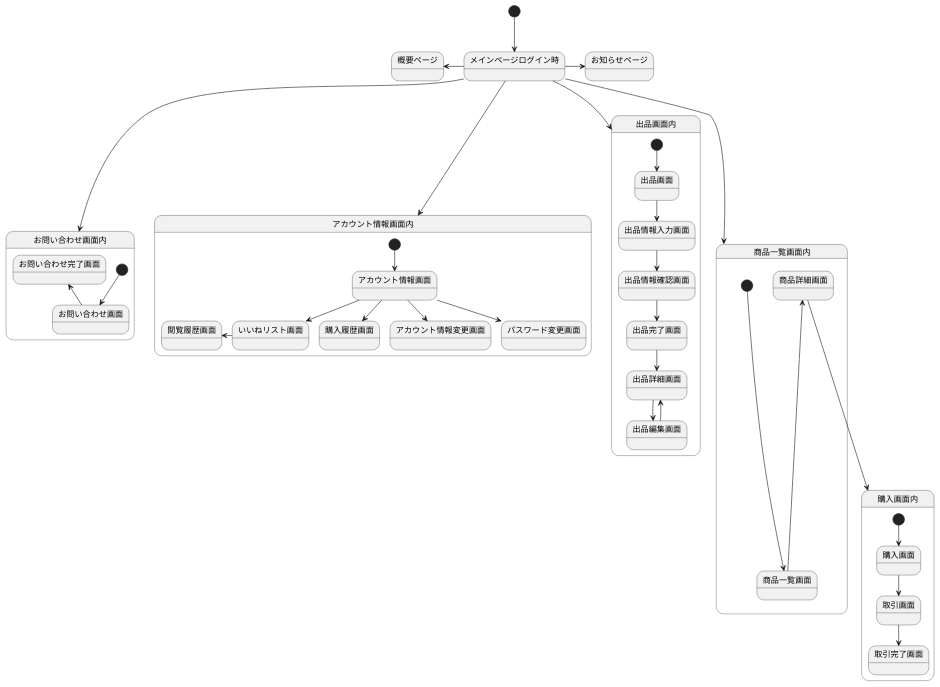
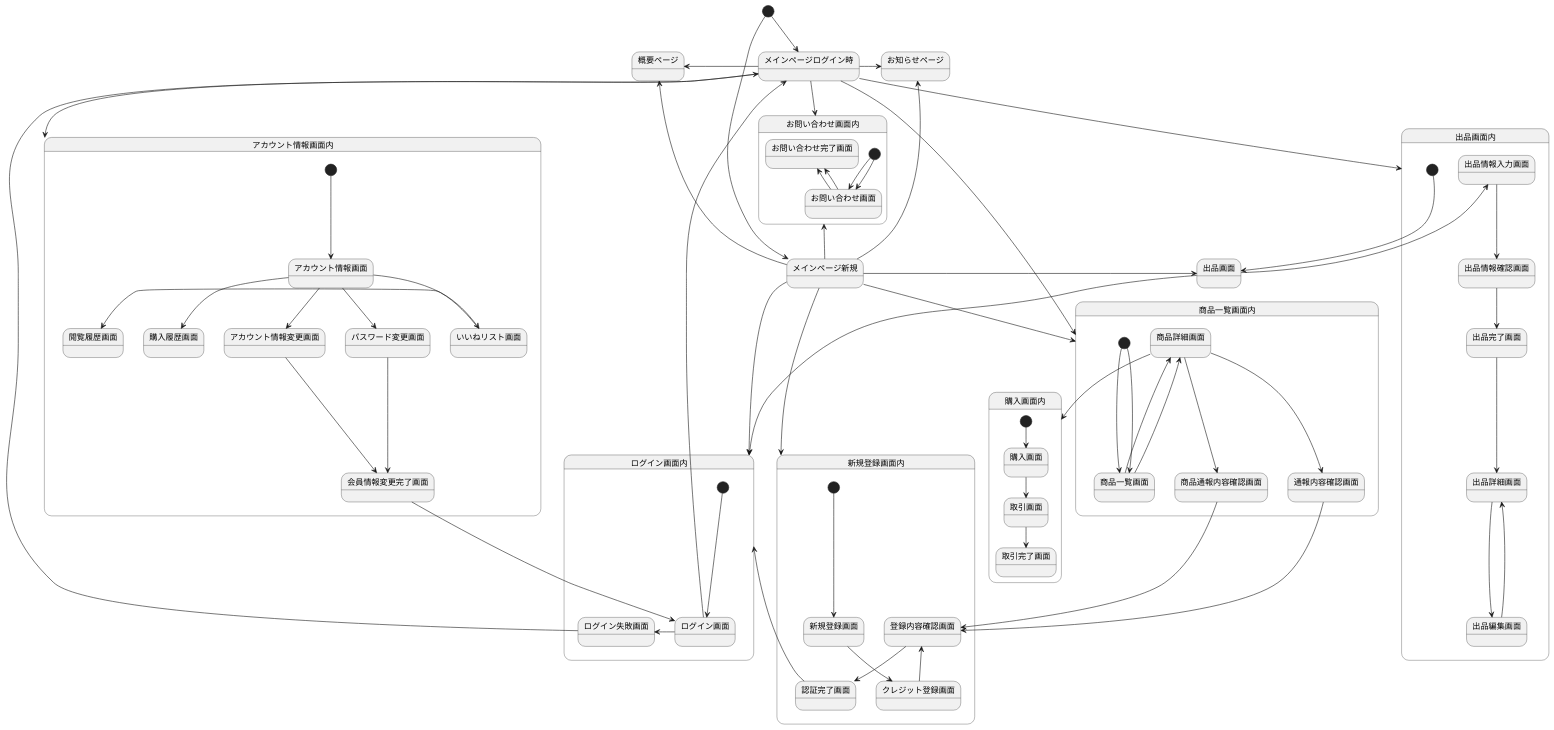
Before and after one commit to Aso2001385/NAISA: the diagram in 設計書/03_画面遷移図/画面遷移図.md, drawn with PlantUML.

````diff
--- a/設計書/03_画面遷移図/画面遷移図.md
+++ b/設計書/03_画面遷移図/画面遷移図.md
@@ -42,5 +1,44 @@
 ```uml
 @startuml
+[*] --> メインページ新規
+メインページ新規 -left-> 概要ページ
+メインページ新規 -up-> お問い合わせ画面内
+メインページ新規 -left-> お知らせページ
+メインページ新規 --> ログイン画面内
+メインページ新規 --> 商品一覧画面内
+メインページ新規 --> 新規登録画面内
+メインページ新規 -> 出品画面
+出品画面 -> ログイン画面内
+
+state 新規登録画面内{
+[*] --> 新規登録画面
+新規登録画面 -down-> クレジット登録画面
+クレジット登録画面 -up-> 登録内容確認画面
+登録内容確認画面 -down-> 認証完了画面
+認証完了画面 -up-> ログイン画面内
+}
+
+state ログイン画面内{
+[*] -down-> ログイン画面
+ログイン画面 -right-> ログイン失敗画面
+}
+
+ログイン画面 -up-> メインページログイン時
+
+ログイン失敗画面 -up-> メインページログイン時
+
+state お問い合わせ画面内{
+[*] -down-> お問い合わせ画面
+お問い合わせ画面 -up-> お問い合わせ完了画面
+}
+
+state 商品一覧画面内{
+[*] -down-> 商品一覧画面
+商品一覧画面 -up-> 商品詳細画面
+}
+
+
+
 
 [*] --> メインページログイン時
 メインページログイン時 -left-> 概要ページ
@@ -62,11 +60,19 @@
 アカウント情報画面 -down-> 購入履歴画面
 アカウント情報画面 -down-> アカウント情報変更画面
 アカウント情報画面 -down-> パスワード変更画面
+アカウント情報変更画面 --> 会員情報変更完了画面
+パスワード変更画面 --> 会員情報変更完了画面
+会員情報変更完了画面 --> ログイン画面
 }
 
 state 商品一覧画面内{
 [*] -down-> 商品一覧画面
 商品一覧画面 -up-> 商品詳細画面
+商品詳細画面-->商品通報内容確認画面
+商品通報内容確認画面 -->登録内容確認画面
+商品詳細画面 --> 通報内容確認画面
+通報内容確認画面 --> 登録内容確認画面
+
 }
 
 商品詳細画面 -down-> 購入画面内
@@ -86,6 +92,5 @@
 出品詳細画面 --> 出品編集画面
 出品編集画面 --> 出品詳細画面
 }
-
 @enduml
 ```
````
